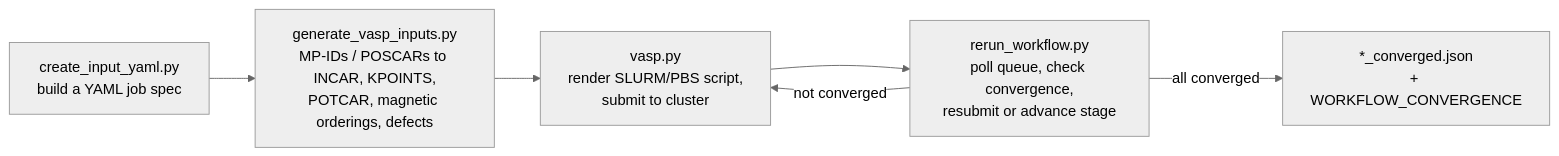
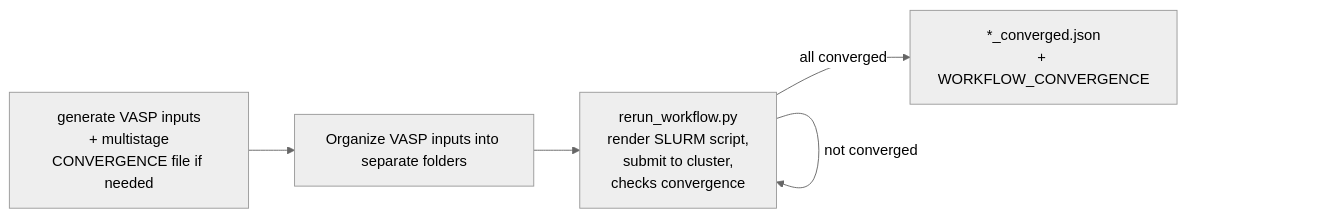
The diagram in README.md (suxuen/vasp_workflow), drawn with Mermaid (neutral theme) before and after one commit. The commit also changed other lines of this file, not shown here.

````diff
--- a/README.md
+++ b/README.md
@@ -36,8 +33,7 @@
 ```mermaid
 flowchart LR
-    A["create_input_yaml.py\nbuild a YAML job spec"] --> B["generate_vasp_inputs.py\nMP-IDs / POSCARs to INCAR, KPOINTS,\nPOTCAR, magnetic orderings, defects"]
-    B --> C["vasp.py\nrender SLURM/PBS script,\nsubmit to cluster"]
-    C --> D["rerun_workflow.py\npoll queue, check convergence,\nresubmit or advance stage"]
-    D -->|not converged| C
-    D -->|all converged| E["*_converged.json\n+ WORKFLOW_CONVERGENCE"]
+    A["generate VASP inputs\n + multistage CONVERGENCE file if needed"] --> B["Organize VASP inputs into separate folders"]
+    B --> C["rerun_workflow.py\nrender SLURM script,\nsubmit to cluster,\nchecks convergence"]
+    C -->|not converged| C
+    C -->|all converged| D["*_converged.json\n+ WORKFLOW_CONVERGENCE"]
 ```
````
